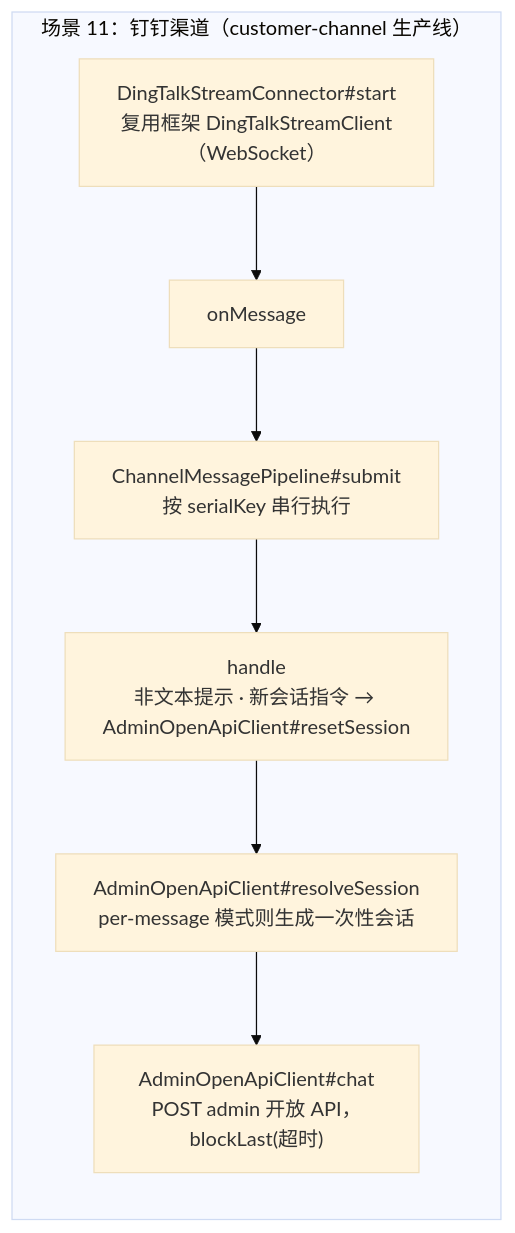
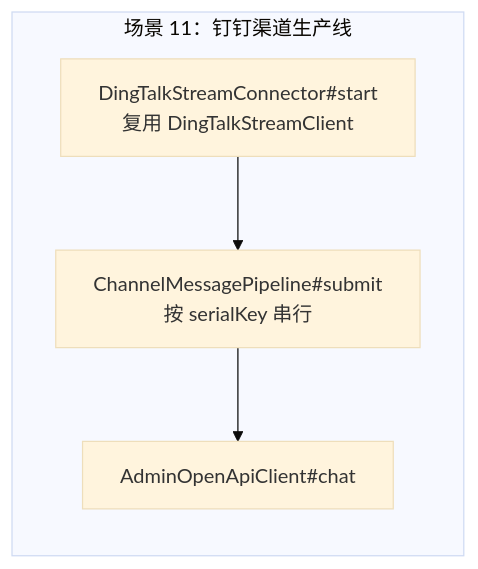
Before and after one commit to liulangjietou/AgentScope-source-analysis: the sixth of 8 diagrams in 09-customer_work场景全景映射.md, drawn with Mermaid (base theme). The commit also changed other lines of this file and 14 other files, not shown here.

````diff
--- a/09-customer_work场景全景映射.md
+++ b/09-customer_work场景全景映射.md
@@ -219,10 +158,6 @@
 ```mermaid
 flowchart LR
-    subgraph S11["场景 11：钉钉渠道（customer-channel 生产线）"]
-        D1["DingTalkStreamConnector#start<br/>复用框架 DingTalkStreamClient（WebSocket）"] --> D2["onMessage"]
-        D2 --> D3["ChannelMessagePipeline#submit<br/>按 serialKey 串行执行"]
-        D3 --> D4["handle<br/>非文本提示 · 新会话指令 → AdminOpenApiClient#resetSession"]
-        D4 --> D5["AdminOpenApiClient#resolveSession<br/>per-message 模式则生成一次性会话"]
-        D5 --> D6["AdminOpenApiClient#chat<br/>POST admin 开放 API，blockLast(超时)"]
+    subgraph S11["场景 11：钉钉渠道生产线"]
+        D1["DingTalkStreamConnector#start<br/>复用 DingTalkStreamClient"] --> D2["ChannelMessagePipeline#submit<br/>按 serialKey 串行"] --> D3["AdminOpenApiClient#chat"]
     end
 ```
````
